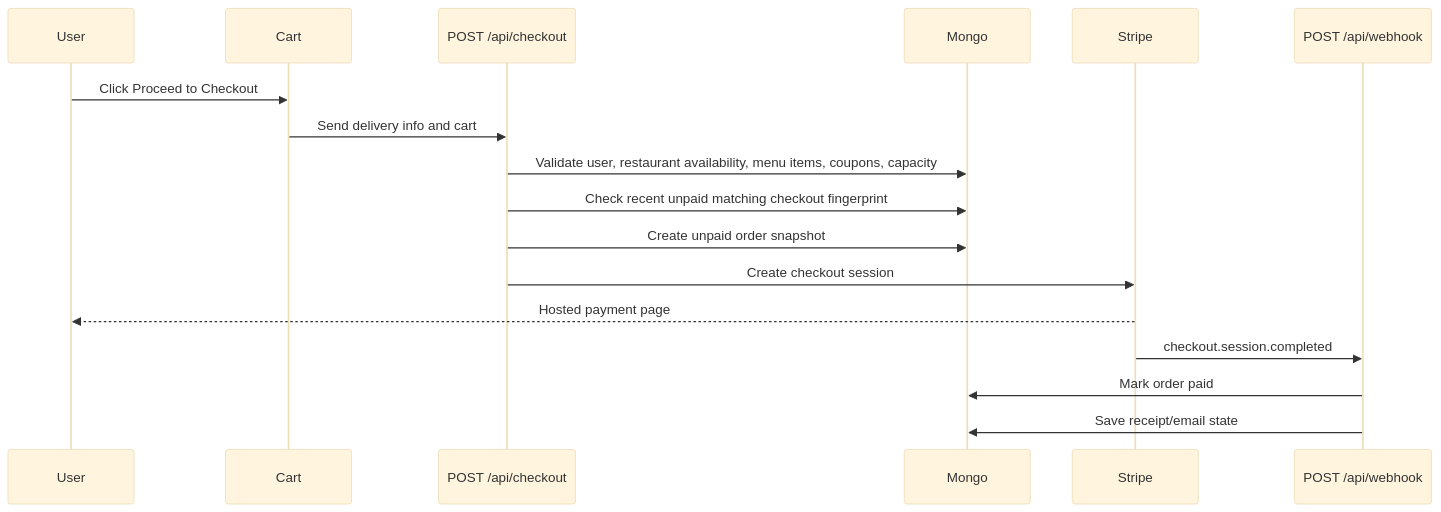
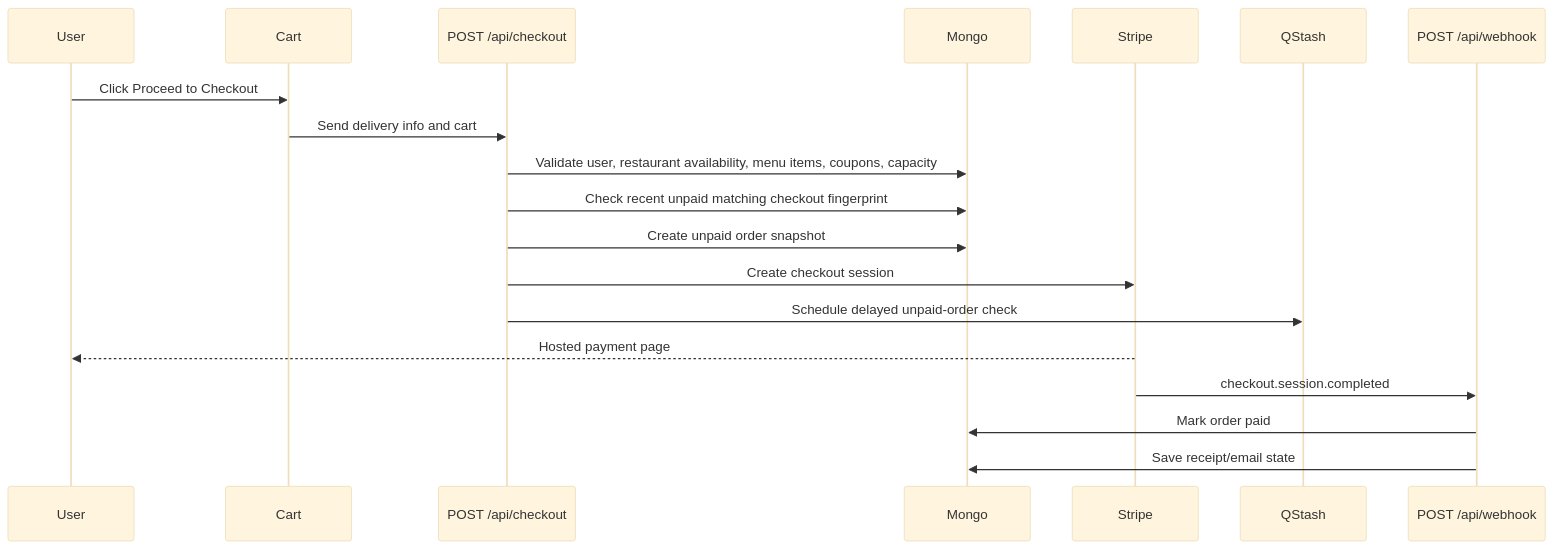
One commit to kimamovic21/food-ordering-app-nextjs-cwd-yt-2023 changed the fifth of 9 diagrams in ARCHITECTURE.md. Above: the diagram before and after it, drawn with Mermaid (base theme). The commit also changed other lines of this file and 25 other files, not shown here.

First line of the commit message:
Add qstash order maintenance jobs

````diff
--- a/ARCHITECTURE.md
+++ b/ARCHITECTURE.md
@@ -196,20 +199,22 @@
 ```mermaid
 sequenceDiagram
   participant User
   participant Cart
   participant CheckoutAPI as POST /api/checkout
   participant Mongo
   participant Stripe
+  participant QStash
   participant Webhook as POST /api/webhook
 
   User->>Cart: Click Proceed to Checkout
   Cart->>CheckoutAPI: Send delivery info and cart
   CheckoutAPI->>Mongo: Validate user, restaurant availability, menu items, coupons, capacity
   CheckoutAPI->>Mongo: Check recent unpaid matching checkout fingerprint
   CheckoutAPI->>Mongo: Create unpaid order snapshot
   CheckoutAPI->>Stripe: Create checkout session
+  CheckoutAPI->>QStash: Schedule delayed unpaid-order check
   Stripe-->>User: Hosted payment page
   Stripe->>Webhook: checkout.session.completed
   Webhook->>Mongo: Mark order paid
   Webhook->>Mongo: Save receipt/email state
 ```
````
